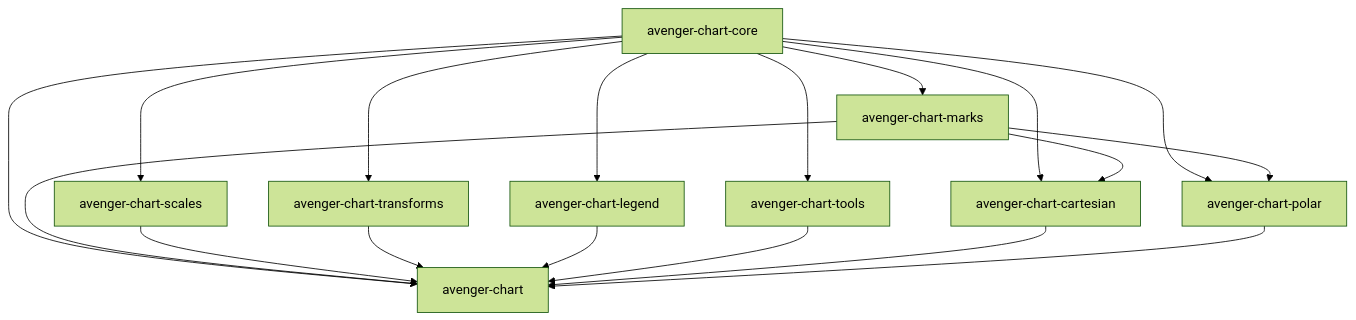
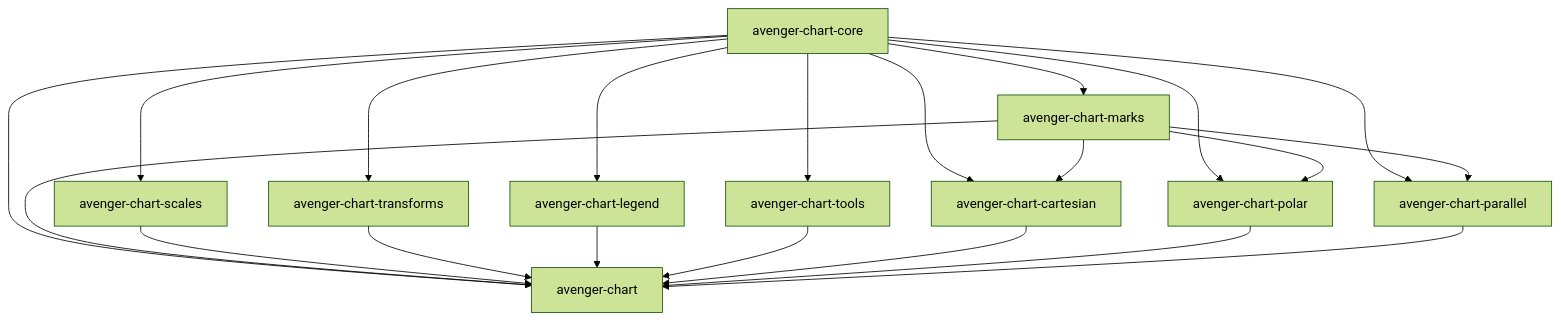
One commit to jonmmease/avenger changed the diagram in avenger-chart/docs/architecture/crate-boundaries.md. Above: the diagram before and after it, drawn with Mermaid (forest theme). The commit also changed other lines of this file and 11 other files, not shown here.

Commit message:
feat(chart-parallel): add docs and app examples

````diff
--- a/avenger-chart/docs/architecture/crate-boundaries.md
+++ b/avenger-chart/docs/architecture/crate-boundaries.md
@@ -38,30 +38,34 @@
 ```mermaid
 flowchart TD
     Core["avenger-chart-core"]
     Marks["avenger-chart-marks"]
     Scales["avenger-chart-scales"]
     Transforms["avenger-chart-transforms"]
     Legend["avenger-chart-legend"]
     Tools["avenger-chart-tools"]
     Cartesian["avenger-chart-cartesian"]
     Polar["avenger-chart-polar"]
+    Parallel["avenger-chart-parallel"]
     Chart["avenger-chart"]
 
     Core --> Marks
     Core --> Scales
     Core --> Legend
     Core --> Transforms
     Core --> Tools
     Core --> Cartesian
     Core --> Polar
+    Core --> Parallel
     Core --> Chart
     Marks --> Cartesian
     Marks --> Polar
+    Marks --> Parallel
     Marks --> Chart
     Scales --> Chart
     Transforms --> Chart
     Legend --> Chart
     Tools --> Chart
     Cartesian --> Chart
     Polar --> Chart
+    Parallel --> Chart
 ```
````
